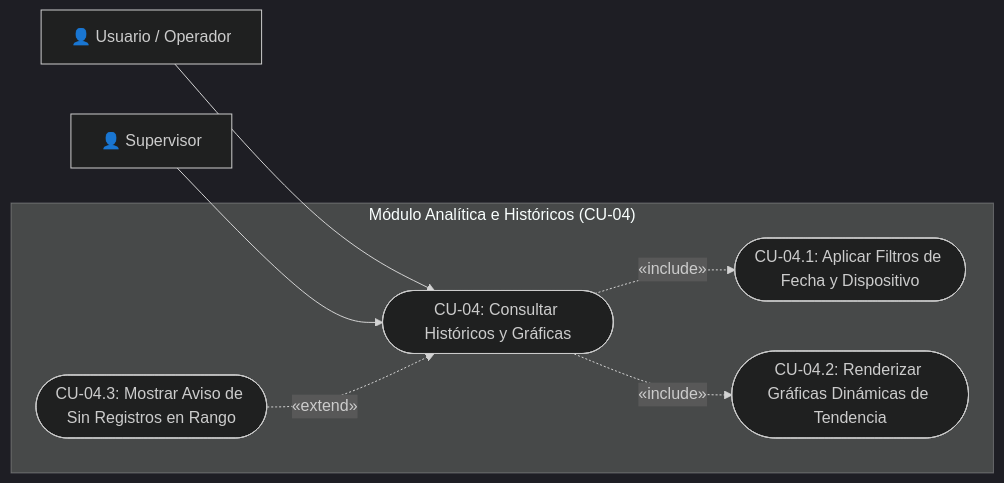
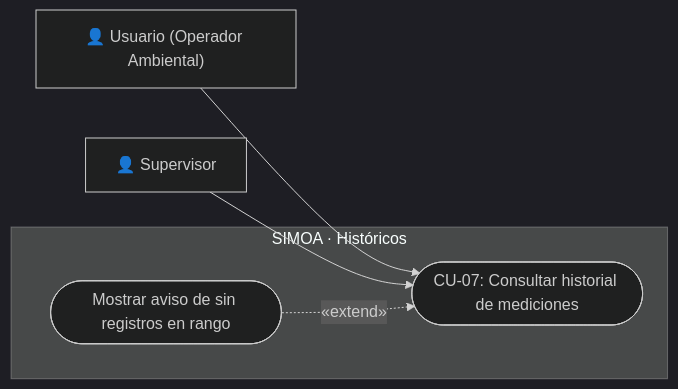
The eighth of 17 diagrams in docs/SRS_SIMOA.md (LuzElianaSanchezTovar666/Sistema_oit_de_monitoreo_ambiental), drawn with Mermaid (dark theme) before and after one commit. The commit also changed other lines of this file, not shown here.

````diff
--- a/docs/SRS_SIMOA.md
+++ b/docs/SRS_SIMOA.md
@@ -470,19 +510,14 @@
 ```mermaid
 flowchart LR
-    Usuario["👤 Usuario / Operador"]
+    Usuario["👤 Usuario (Operador Ambiental)"]
     Supervisor["👤 Supervisor"]
 
-    subgraph "Módulo Analítica e Históricos (CU-04)"
-        CU04_Main(["CU-04: Consultar Históricos y Gráficas"])
-        CU04_Filter(["CU-04.1: Aplicar Filtros de Fecha y Dispositivo"])
-        CU04_Chart(["CU-04.2: Renderizar Gráficas Dinámicas de Tendencia"])
-        CU04_Empty(["CU-04.3: Mostrar Aviso de Sin Registros en Rango"])
+    subgraph "SIMOA · Históricos"
+        CU07(["CU-07: Consultar historial de mediciones"])
+        CU07_Empty(["Mostrar aviso de sin registros en rango"])
     end
 
-    Usuario --> CU04_Main
-    Supervisor --> CU04_Main
-
-    CU04_Main -.->|«include»| CU04_Filter
-    CU04_Main -.->|«include»| CU04_Chart
-    CU04_Empty -.->|«extend»| CU04_Main
+    Usuario --> CU07
+    Supervisor --> CU07
+    CU07_Empty -.->|«extend»| CU07
 ```
````
